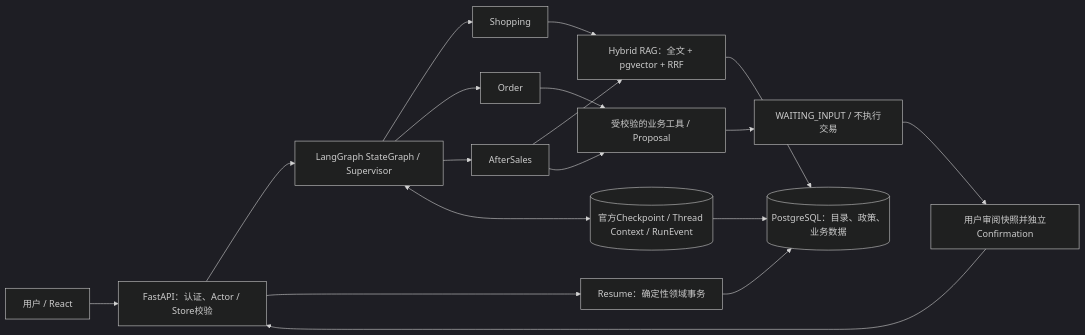
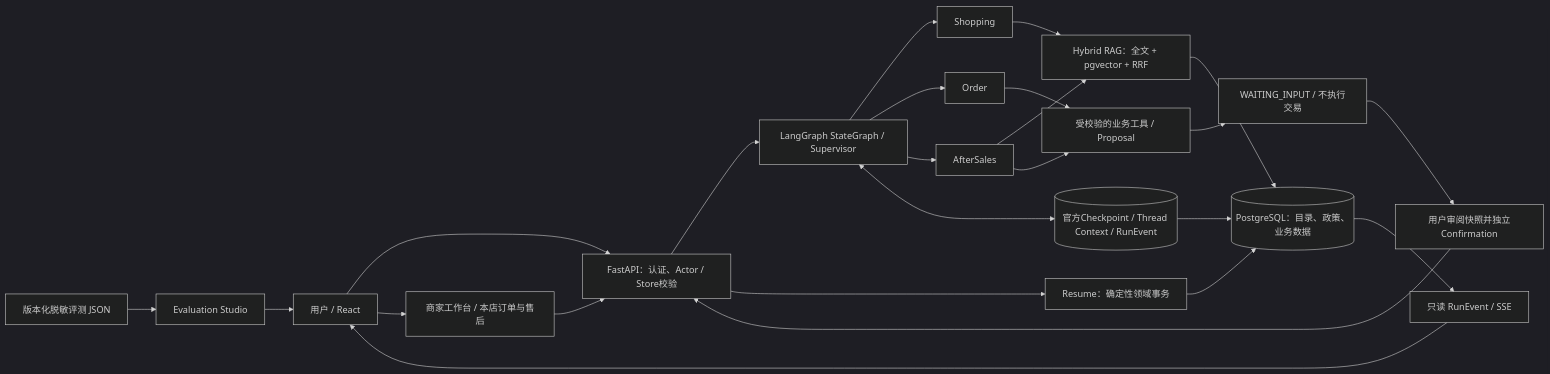
The diagram in README.md (Cockatoo-xlk/AgentMall-Portfolio), drawn with Mermaid (dark theme) before and after one commit. The commit also changed other lines of this file and 20 other files, not shown here.

````diff
--- a/README.md
+++ b/README.md
@@ -31,20 +34,26 @@
 ```mermaid
 flowchart LR
   U["用户 / React"] --> API["FastAPI：认证、Actor / Store校验"]
   API --> G["LangGraph StateGraph / Supervisor"]
   G --> S["Shopping"]
   G --> O["Order"]
   G --> A["AfterSales"]
   S --> R["Hybrid RAG：全文 + pgvector + RRF"]
   O --> T["受校验的业务工具 / Proposal"]
   A --> R
   A --> T
   R --> DB[("PostgreSQL：目录、政策、业务数据")]
   T --> W["WAITING_INPUT / 不执行交易"]
   W --> H["用户审阅快照并独立Confirmation"]
   H --> API
   API --> X["Resume：确定性领域事务"]
   X --> DB
   G <--> CP[("官方Checkpoint / Thread Context / RunEvent")]
   CP --> DB
+  DB --> ES["只读 RunEvent / SSE"]
+  ES --> U
+  U --> M["商家工作台 / 本店订单与售后"]
+  M --> API
+  E["版本化脱敏评测 JSON"] --> ST["Evaluation Studio"]
+  ST --> U
 ```
````
